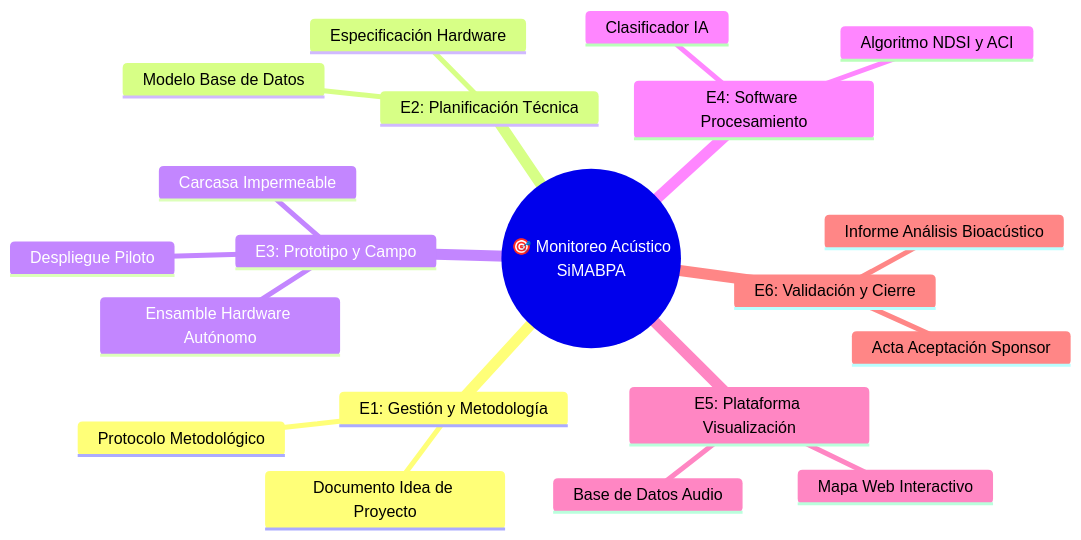
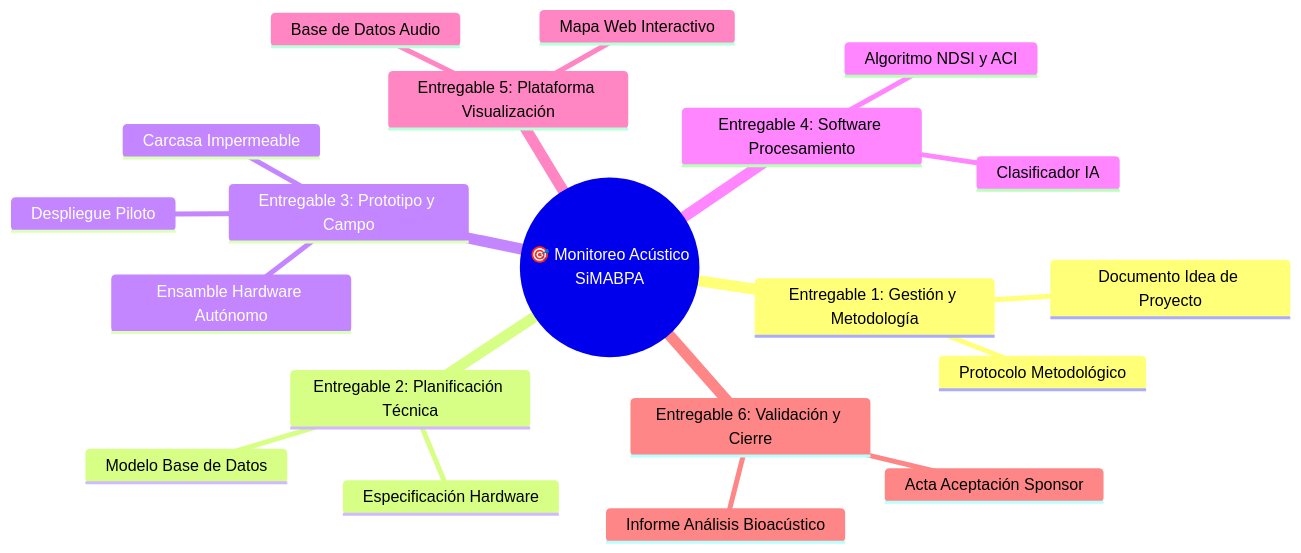
The diagram in entregables.md (fatimalunazzz/GestionProyecto), drawn with Mermaid before and after one commit. The commit also changed other lines of this file, not shown here.

````diff
--- a/entregables.md
+++ b/entregables.md
@@ -5,23 +5,24 @@
 ```mermaid
 mindmap
   root((🎯 Monitoreo Acústico<br/>SiMABPA))
-    E1: Gestión y Metodología
+    Entregable 1: Gestión y Metodología
       Documento Idea de Proyecto
       Protocolo Metodológico
-    E2: Planificación Técnica
+    Entregable 2: Planificación Técnica
       Especificación Hardware
       Modelo Base de Datos
-    E3: Prototipo y Campo
+    Entregable 3: Prototipo y Campo
       Ensamble Hardware Autónomo
       Carcasa Impermeable
       Despliegue Piloto
-    E4: Software Procesamiento
+    Entregable 4: Software Procesamiento
       Clasificador IA
       Algoritmo NDSI y ACI
-    E5: Plataforma Visualización
+    Entregable 5: Plataforma Visualización
       Base de Datos Audio
       Mapa Web Interactivo
-    E6: Validación y Cierre
+    Entregable 6: Validación y Cierre
       Informe Análisis Bioacústico
       Acta Aceptación Sponsor
+
 ```
````
